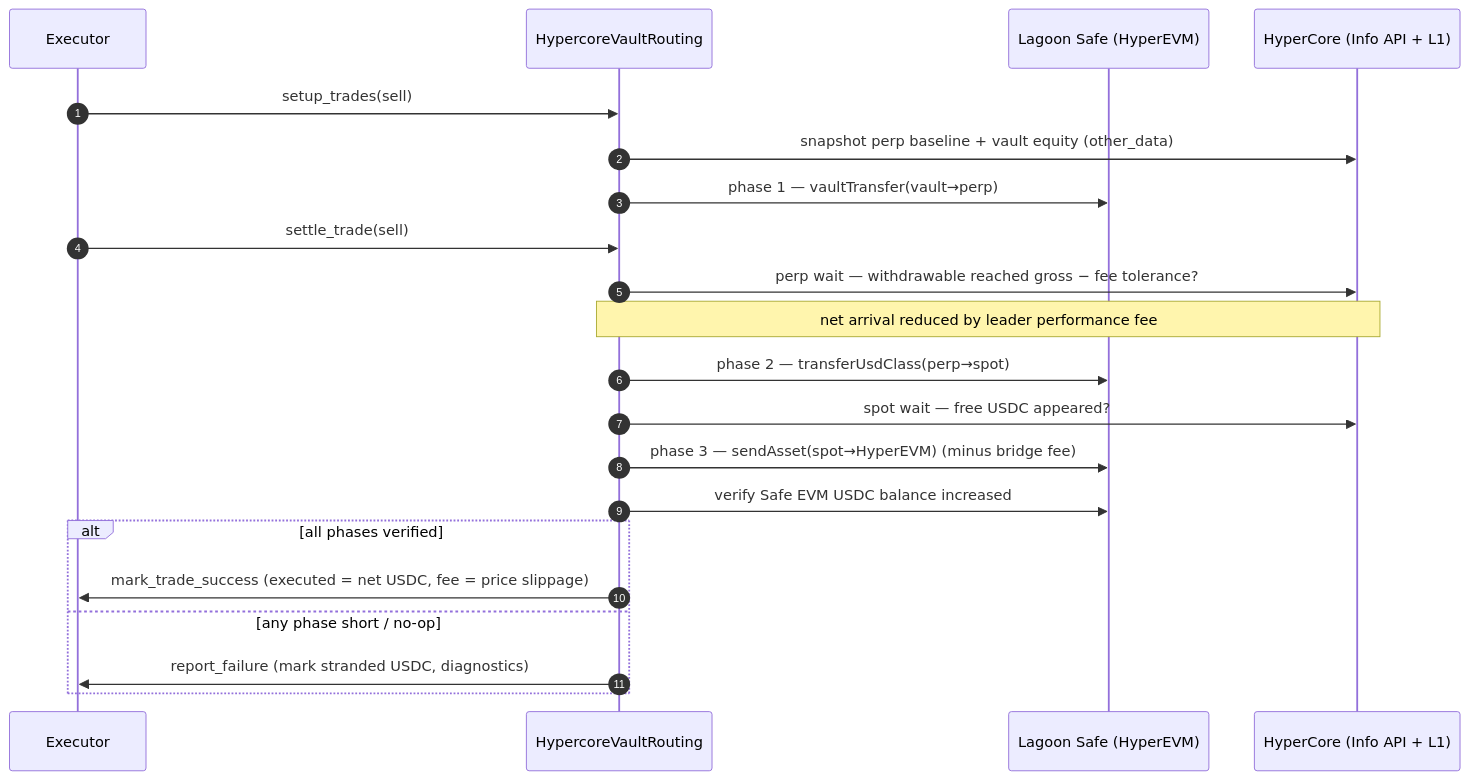
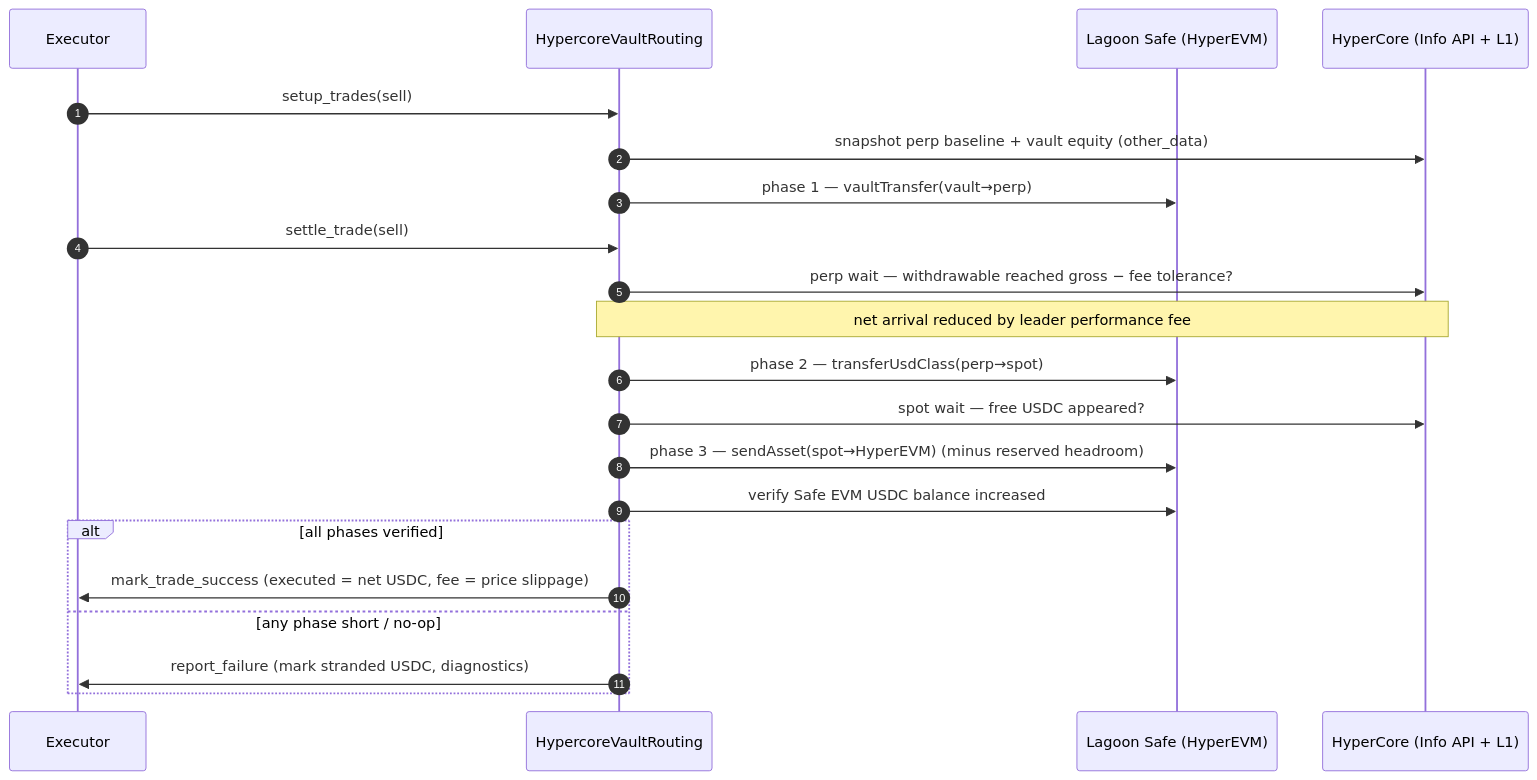
One commit to tradingstrategy-ai/trade-executor changed the second of 3 diagrams in .claude/docs/hypercore-vault.md. Above: the diagram before and after it, drawn with Mermaid. The commit also changed other lines of this file and 3 other files, not shown here.

First line of the commit message:
fix: record HyperCore bridge fees accurately

````diff
--- a/.claude/docs/hypercore-vault.md
+++ b/.claude/docs/hypercore-vault.md
@@ -331,24 +331,24 @@
 ```mermaid
 sequenceDiagram
     autonumber
     participant EX as Executor
     participant R as HypercoreVaultRouting
     participant Safe as Lagoon Safe (HyperEVM)
     participant HC as HyperCore (Info API + L1)
 
     EX->>R: setup_trades(sell)
     R->>HC: snapshot perp baseline + vault equity (other_data)
     R->>Safe: phase 1 — vaultTransfer(vault→perp)
     EX->>R: settle_trade(sell)
     R->>HC: perp wait — withdrawable reached gross − fee tolerance?
     Note over R,HC: net arrival reduced by leader performance fee
     R->>Safe: phase 2 — transferUsdClass(perp→spot)
     R->>HC: spot wait — free USDC appeared?
-    R->>Safe: phase 3 — sendAsset(spot→HyperEVM) (minus bridge fee)
+    R->>Safe: phase 3 — sendAsset(spot→HyperEVM) (minus reserved headroom)
     R->>Safe: verify Safe EVM USDC balance increased
     alt all phases verified
         R->>EX: mark_trade_success (executed = net USDC, fee = price slippage)
     else any phase short / no-op
         R->>EX: report_failure (mark stranded USDC, diagnostics)
     end
 ```
````
